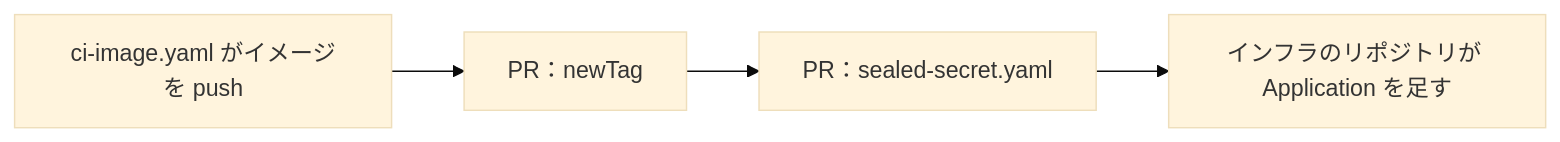
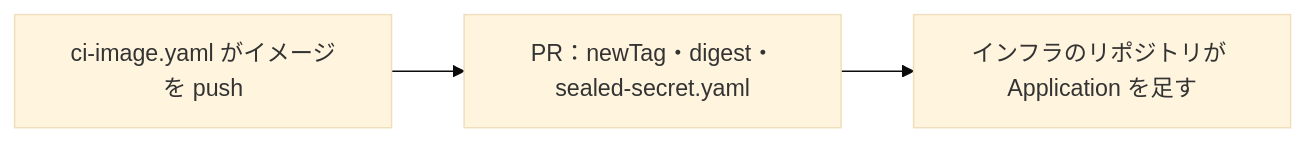
One commit to sumiredc/barpay changed the second of 2 diagrams in README.ja.md. Above: the diagram before and after it, drawn with Mermaid (base theme). The commit also changed other lines of this file and 1 other file, not shown here.

````diff
--- a/README.ja.md
+++ b/README.ja.md
@@ -406,4 +406,4 @@
 ```mermaid
 flowchart LR
-  A[ci-image.yaml がイメージを push] --> B[PR：newTag] --> C[PR：sealed-secret.yaml] --> D[インフラのリポジトリが Application を足す]
+  A[ci-image.yaml がイメージを push] --> B[PR：newTag・digest・sealed-secret.yaml] --> C[インフラのリポジトリが Application を足す]
 ```
````
